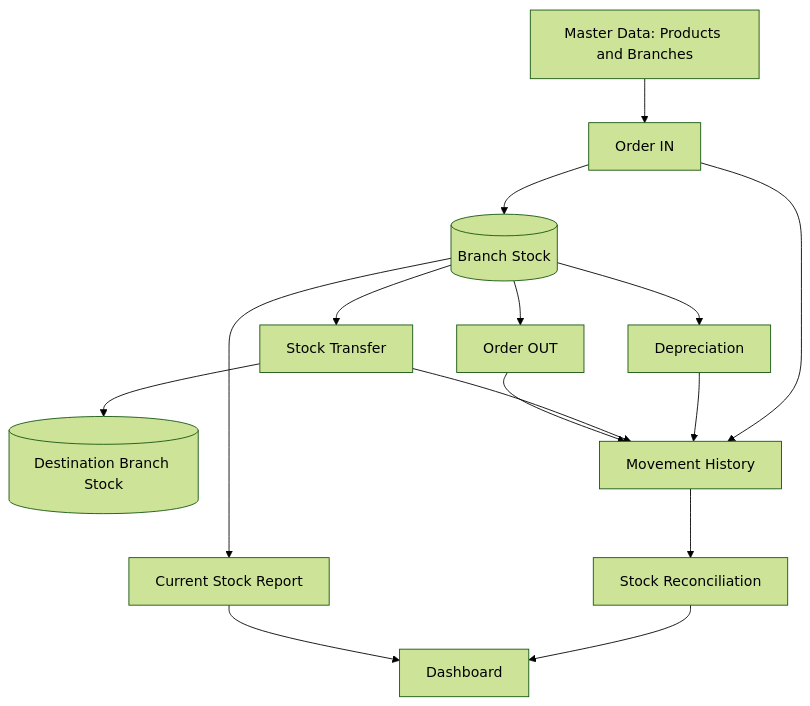
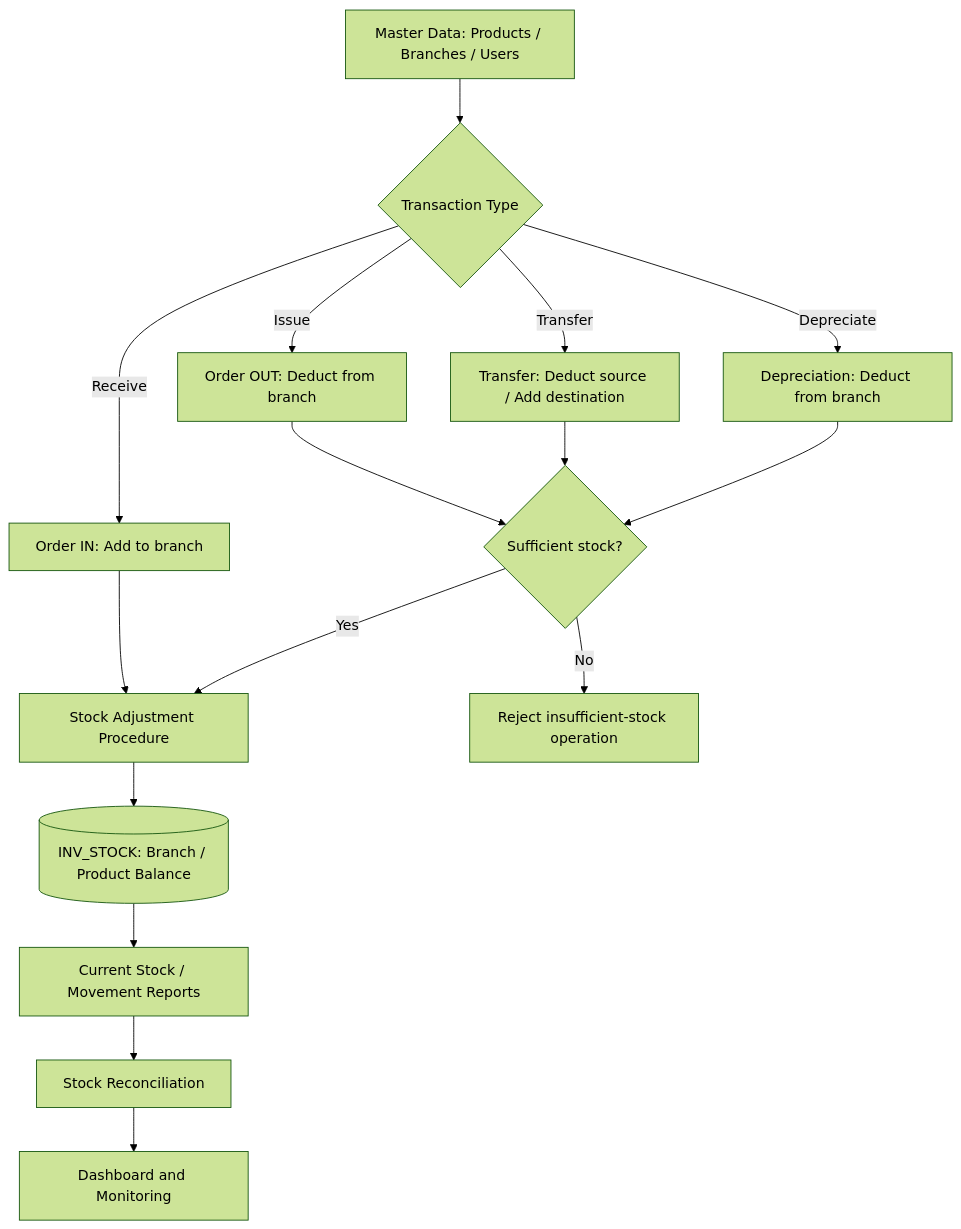
The diagram in README.md (MohamedKhaled6297/Inventory-Management-System), drawn with Mermaid (forest theme) before and after one commit. The commit also changed other lines of this file and 139 other files, not shown here.

````diff
--- a/README.md
+++ b/README.md
@@ -49,17 +51,18 @@
 ```mermaid
 flowchart TD
-    A[Master Data: Products and Branches] --> B[Order IN]
-    B --> C[(Branch Stock)]
-    C --> D[Order OUT]
-    C --> E[Stock Transfer]
-    C --> F[Depreciation]
-    E --> G[(Destination Branch Stock)]
-    C --> H[Current Stock Report]
-    D --> I[Movement History]
-    E --> I
-    F --> I
-    B --> I
-    I --> J[Stock Reconciliation]
-    H --> K[Dashboard]
-    J --> K
+    A[Master Data: Products / Branches / Users] --> B{Transaction Type}
+    B -->|Receive| C[Order IN: Add to branch]
+    B -->|Issue| D[Order OUT: Deduct from branch]
+    B -->|Transfer| E[Transfer: Deduct source / Add destination]
+    B -->|Depreciate| F[Depreciation: Deduct from branch]
+    C --> G[Stock Adjustment Procedure]
+    D --> H{Sufficient stock?}
+    E --> H
+    F --> H
+    H -->|No| X[Reject insufficient-stock operation]
+    H -->|Yes| G
+    G --> I[(INV_STOCK: Branch / Product Balance)]
+    I --> J[Current Stock / Movement Reports]
+    J --> K[Stock Reconciliation]
+    K --> L[Dashboard and Monitoring]
 ```
````
